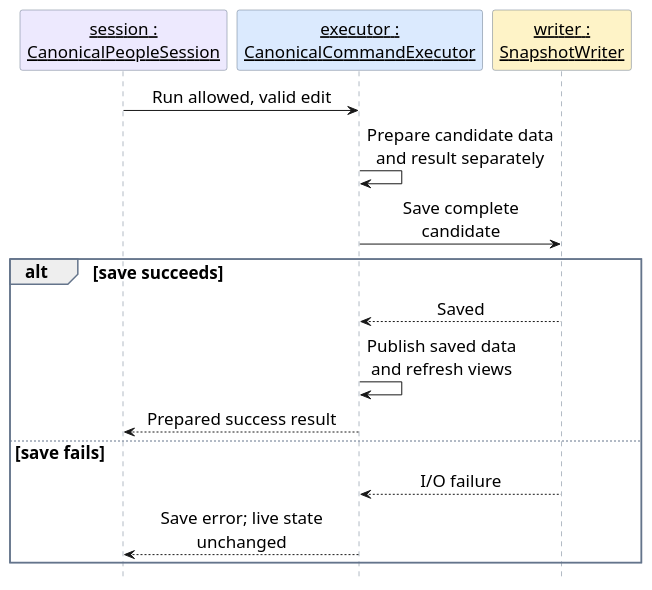
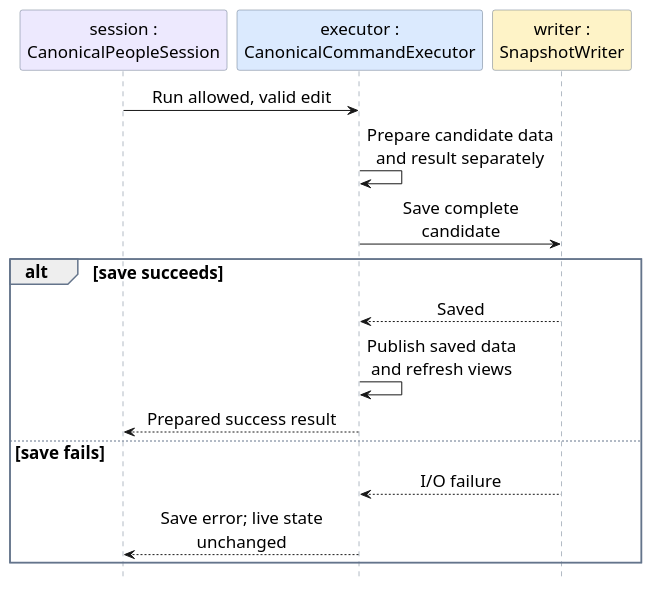
Before and after one commit to AY2627S1-CS2103T-F13-3/tp: the diagram in docs/diagrams/ArchitectureSequenceDiagram.puml, drawn with PlantUML. The commit also changed 2 other files, not shown here.

Commit message:
Use sequence lifeline heading notation

```diff
--- a/docs/diagrams/ArchitectureSequenceDiagram.puml
+++ b/docs/diagrams/ArchitectureSequenceDiagram.puml
@@ -1,31 +1,31 @@
 @startuml
 ' Original command flow by Ernest Chua with OpenAI Codex assistance (#220).
 ' Earlier readability layout by Vincent with Codex assistance (#393).
 ' Focused overview by Vincent Lin with OpenAI Codex assistance (#600).
 ' Grouped operation descriptions; not literal Java method signatures.
 hide footbox
 skinparam defaultFontName Arial
 skinparam defaultFontSize 17
 skinparam shadowing false
 skinparam sequenceMessageAlign center
 skinparam maxMessageSize 190
 skinparam sequence {
   LifeLineBorderColor #64748B
   ParticipantBorderColor #64748B
   GroupBorderColor #64748B
 }
-participant "<u>session :</u>\n<u>CanonicalPeopleSession</u>" as Session #EDE9FE
-participant "<u>executor :</u>\n<u>CanonicalCommandExecutor</u>" as Executor #DBEAFE
-participant "<u>writer :</u>\n<u>SnapshotWriter</u>" as Writer #FEF3C7
+participant "session :\nCanonicalPeopleSession" as Session #EDE9FE
+participant "executor :\nCanonicalCommandExecutor" as Executor #DBEAFE
+participant "writer :\nSnapshotWriter" as Writer #FEF3C7
 Session -> Executor : Run allowed, valid edit
 Executor -> Executor : Prepare candidate data\nand result separately
 Executor -> Writer : Save complete candidate
 alt save succeeds
   Writer --> Executor : Saved
   Executor -> Executor : Publish saved data\nand refresh views
   Executor --> Session : Prepared success result
 else save fails
   Writer --> Executor : I/O failure
   Executor --> Session : Save error; live state unchanged
 end
 @enduml
```
